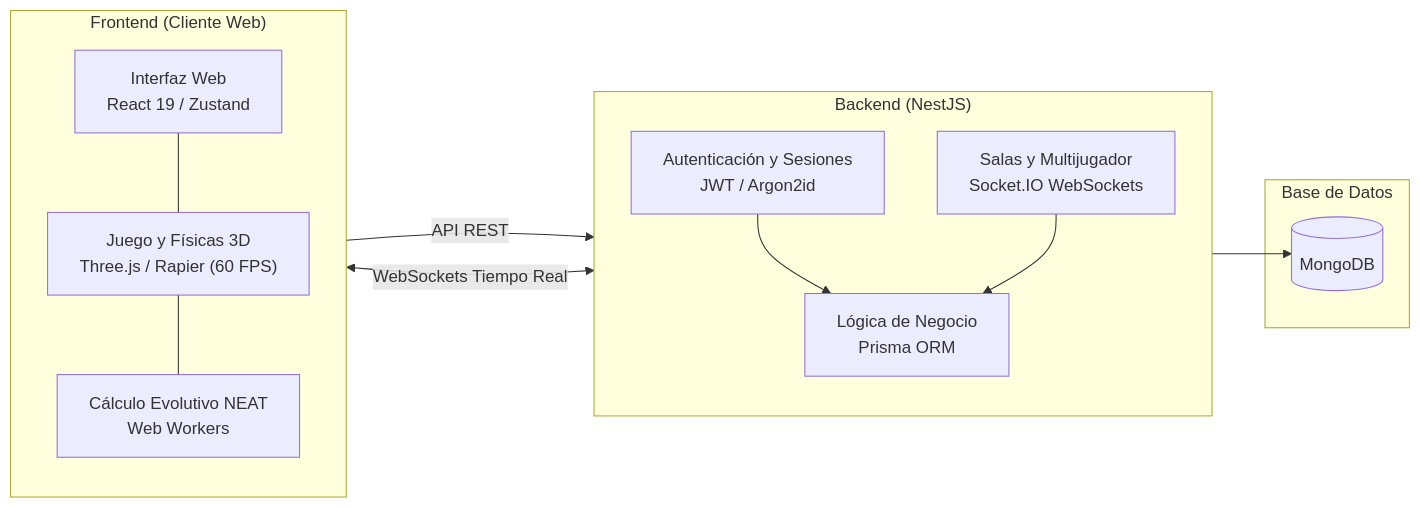
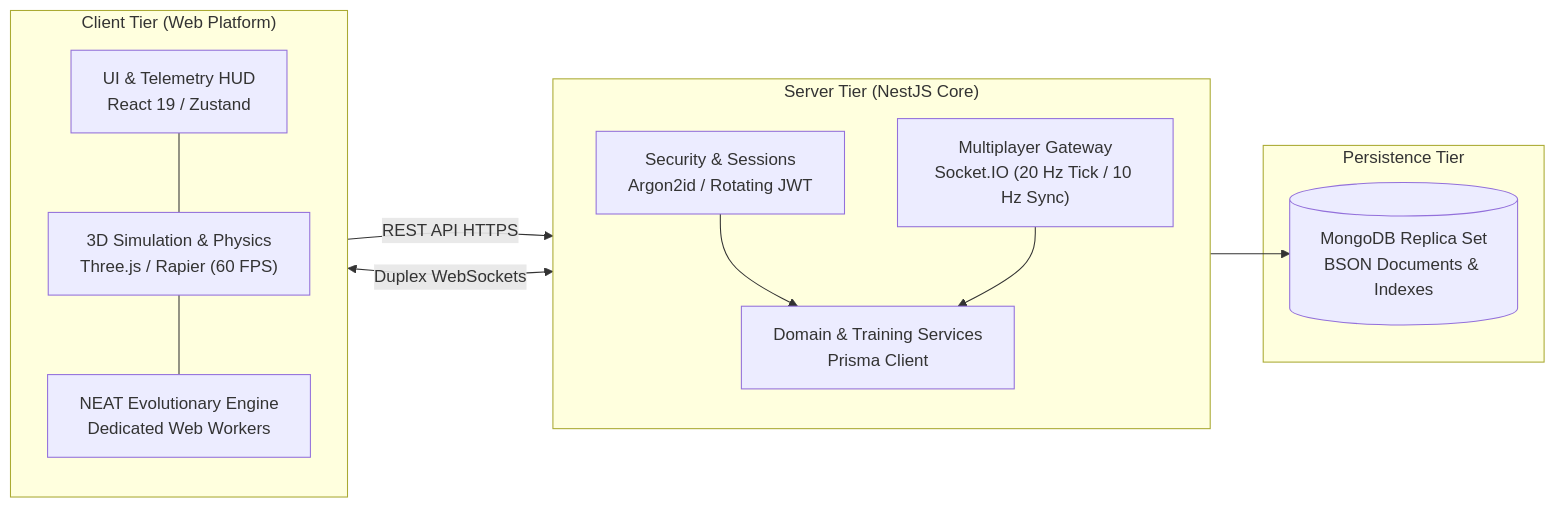
The diagram in README.md (synapse-racing/.github), drawn with Mermaid before and after one commit. The commit also changed other lines of this file and 1 other file, not shown here.

````diff
--- a/README.md
+++ b/README.md
@@ -78,28 +112,28 @@
 ```mermaid
 flowchart LR
-    subgraph Frontend["Frontend (Cliente Web)"]
+    subgraph Client["Client Tier (Web Platform)"]
         direction TB
-        UI["Interfaz Web<br/>React 19 / Zustand"]
-        Game["Juego y Físicas 3D<br/>Three.js / Rapier (60 FPS)"]
-        NEAT["Cálculo Evolutivo NEAT<br/>Web Workers"]
-        UI --- Game
-        Game --- NEAT
+        UI["UI & Telemetry HUD<br/>React 19 / Zustand"]
+        Engine["3D Simulation & Physics<br/>Three.js / Rapier (60 FPS)"]
+        Worker["NEAT Evolutionary Engine<br/>Dedicated Web Workers"]
+        UI --- Engine
+        Engine --- Worker
     end
 
-    subgraph Backend["Backend (NestJS)"]
+    subgraph Server["Server Tier (NestJS Core)"]
         direction TB
-        Auth["Autenticación y Sesiones<br/>JWT / Argon2id"]
-        Multiplayer["Salas y Multijugador<br/>Socket.IO WebSockets"]
-        Persistence["Lógica de Negocio<br/>Prisma ORM"]
+        Auth["Security & Sessions<br/>Argon2id / Rotating JWT"]
+        NetGate["Multiplayer Gateway<br/>Socket.IO (20 Hz Tick / 10 Hz Sync)"]
+        Services["Domain & Training Services<br/>Prisma Client"]
     end
 
-    subgraph Database["Base de Datos"]
-        DB[("MongoDB")]
+    subgraph Storage["Persistence Tier"]
+        DB[("MongoDB Replica Set<br/>BSON Documents & Indexes")]
     end
 
-    UI -->|API REST| Auth
-    Game <-->|WebSockets Tiempo Real| Multiplayer
-    Auth --> Persistence
-    Multiplayer --> Persistence
-    Persistence --> DB
+    UI -->|REST API HTTPS| Auth
+    Engine <-->|Duplex WebSockets| NetGate
+    Auth --> Services
+    NetGate --> Services
+    Services --> DB
 ```
````
